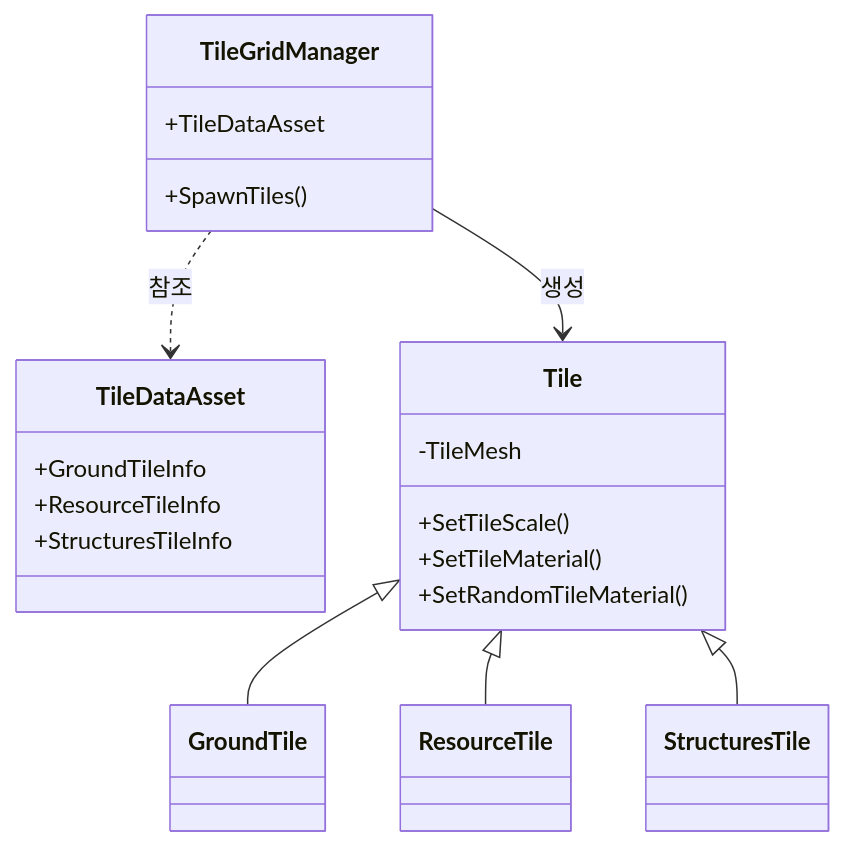
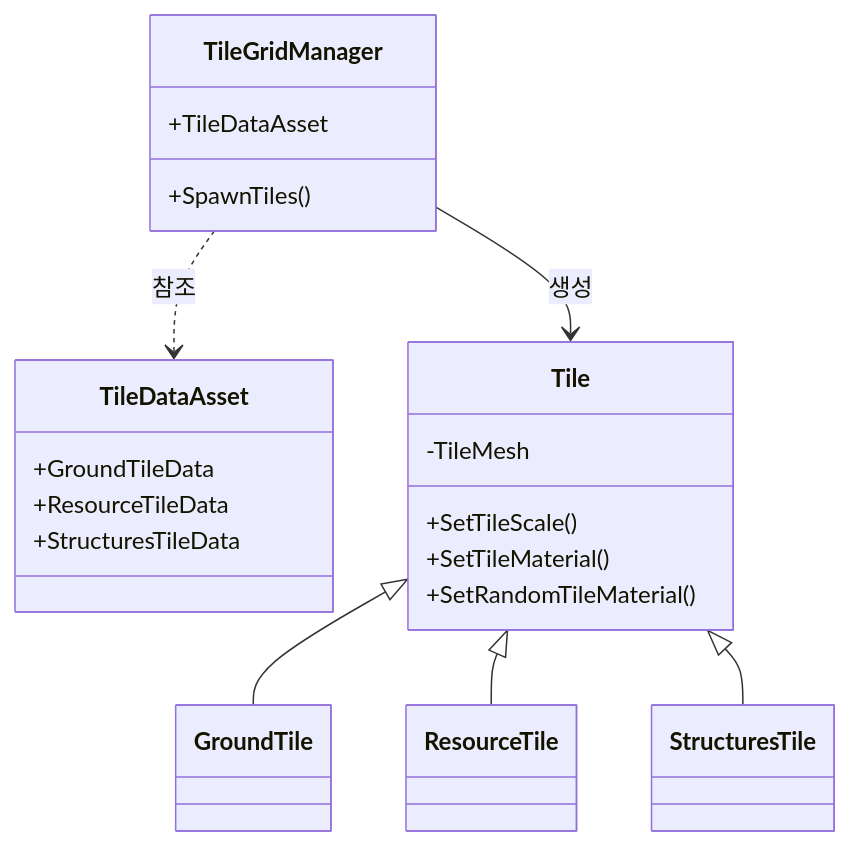
One commit to WJMcode/Project_CavesBasic changed the first of 4 diagrams in README.md. Above: the diagram before and after it, drawn with Mermaid.

````diff
--- a/README.md
+++ b/README.md
@@ -1,27 +1,27 @@
 ```mermaid
 classDiagram
     class TileGridManager {
         +TileDataAsset
         +SpawnTiles()
     }
     class TileDataAsset {
-        +GroundTileInfo
-        +ResourceTileInfo
-        +StructuresTileInfo
+        +GroundTileData
+        +ResourceTileData
+        +StructuresTileData
     }
     class Tile {
         -TileMesh
         +SetTileScale()
         +SetTileMaterial()
         +SetRandomTileMaterial()
     }
     class GroundTile
     class ResourceTile
     class StructuresTile
 
     TileGridManager ..> TileDataAsset : 참조
     TileGridManager --> Tile : 생성
     Tile <|-- GroundTile
     Tile <|-- ResourceTile
     Tile <|-- StructuresTile
 ```
````
